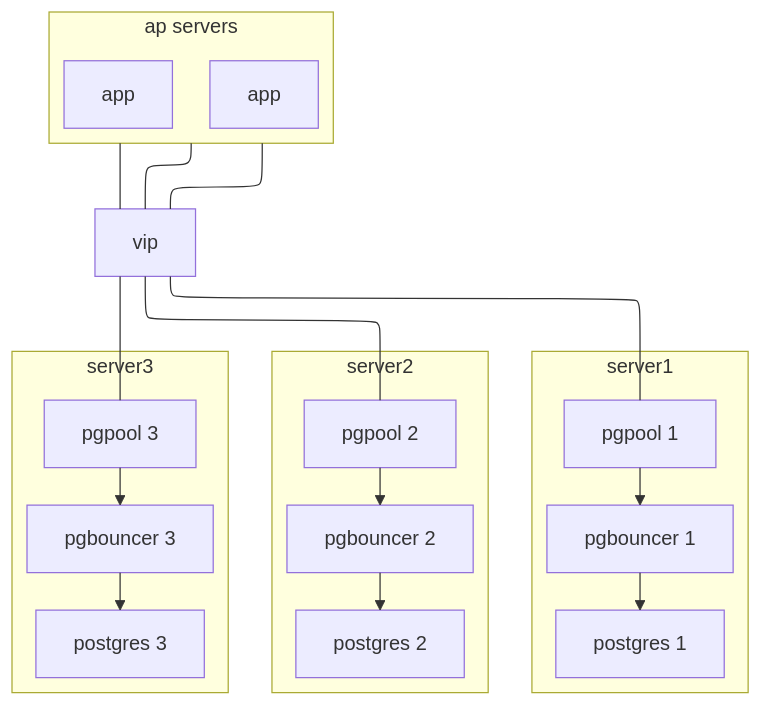
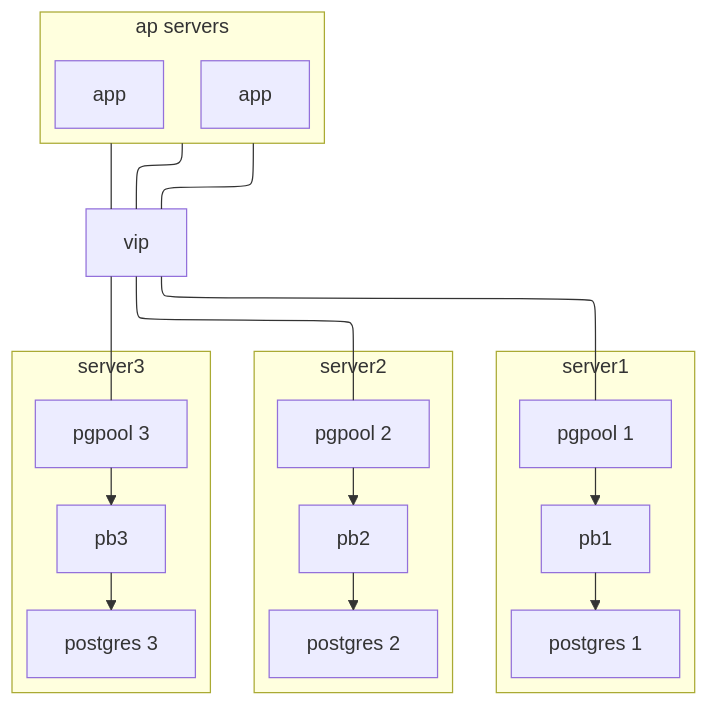
The diagram in my-website/docs/05-projects/06-postgresHA/index.md (owan-io1992/blog), drawn with Mermaid before and after one commit. The commit also changed other lines of this file and 3 other files, not shown here.

````diff
--- a/my-website/docs/05-projects/06-postgresHA/index.md
+++ b/my-website/docs/05-projects/06-postgresHA/index.md
@@ -105,36 +74,33 @@
 ```mermaid
 ---
 config:
   layout: elk
 ---
 flowchart TD
     subgraph ap_svrs [ap servers]
       ap1["app"]
       ap2["app"]
     end
     subgraph server1
       pp1["pgpool 1"]
-      pb1["pgbouncer 1"]
       pg1["postgres 1"]
       pp1 --> pb1 --> pg1
     end
     subgraph server2
       pp2["pgpool 2"]
-      pb2["pgbouncer 2"]
       pg2["postgres 2"]
       pp2 --> pb2 --> pg2
     end
     subgraph server3
       pp3["pgpool 3"]
-      pb3["pgbouncer 3"]
       pg3["postgres 3"]
       pp3 --> pb3 --> pg3
     end
     vip["vip"]
     ap_svrs --- vip
     ap_svrs --- vip
     ap_svrs --- vip
     vip --- pp1
     vip --- pp2
     vip --- pp3
 ```
````
